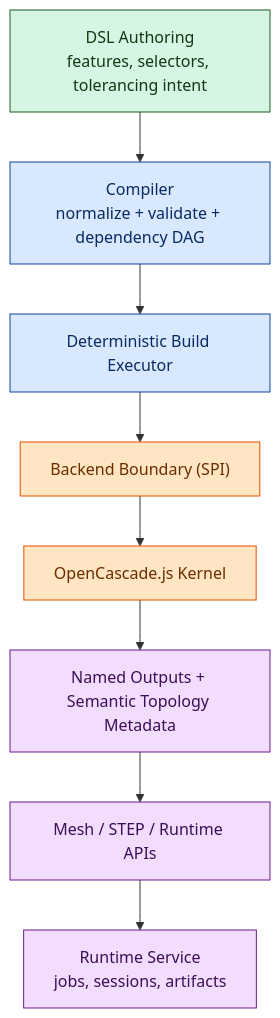
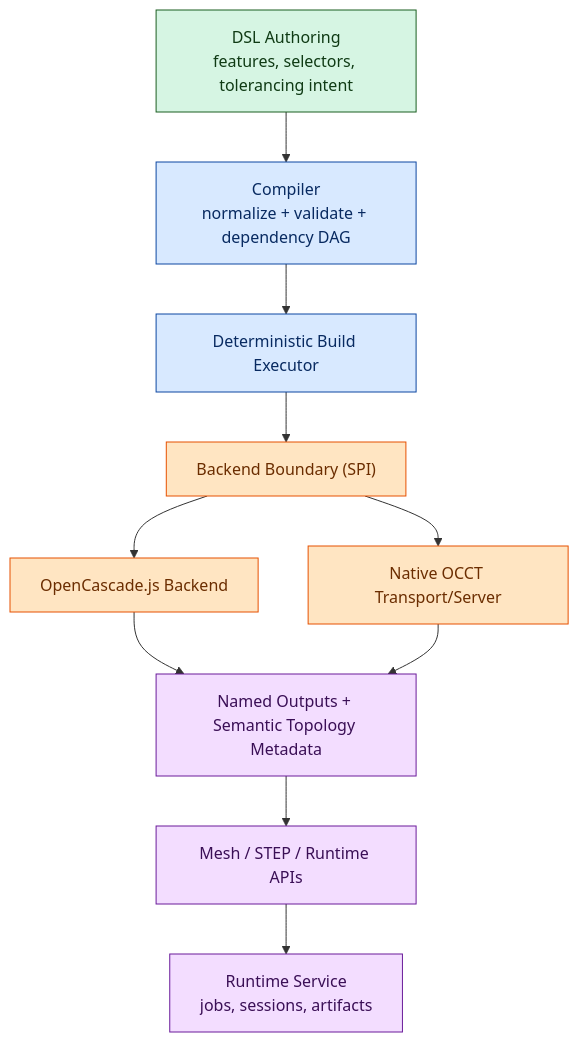
Before and after one commit to CPME/trueform: the diagram in docs/reference/architecture.md, drawn with Mermaid. The commit also changed other lines of this file and 3 other files, not shown here.

Commit message:
Sync public docs with package and native architecture

````diff
--- a/docs/reference/architecture.md
+++ b/docs/reference/architecture.md
@@ -7,20 +7,22 @@
 ```mermaid
 flowchart TB
   A["DSL Authoring<br/>features, selectors, tolerancing intent"] --> B["Compiler<br/>normalize + validate + dependency DAG"]
   B --> C["Deterministic Build Executor"]
   C --> D["Backend Boundary (SPI)"]
-  D --> E["OpenCascade.js Kernel"]
+  D --> E["OpenCascade.js Backend"]
+  D --> N["Native OCCT Transport/Server"]
   E --> F["Named Outputs + Semantic Topology Metadata"]
+  N --> F
   F --> G["Mesh / STEP / Runtime APIs"]
   G --> H["Runtime Service<br/>jobs, sessions, artifacts"]
 
   classDef author fill:#d6f5e3,stroke:#1b5e20,color:#0f3a14;
   classDef compile fill:#d8e9ff,stroke:#0d47a1,color:#082a61;
   classDef backend fill:#ffe5c2,stroke:#e65100,color:#6b2d00;
   classDef output fill:#f3ddff,stroke:#6a1b9a,color:#3a0f56;
 
   class A author;
   class B,C compile;
-  class D,E backend;
+  class D,E,N backend;
   class F,G,H output;
 ```
````
